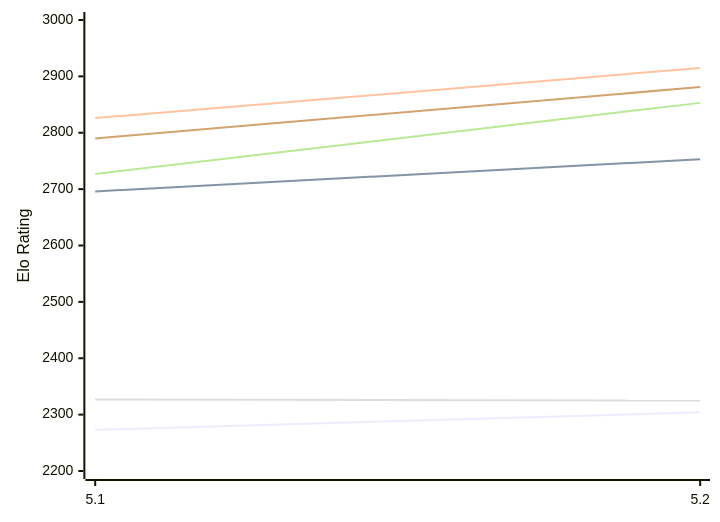
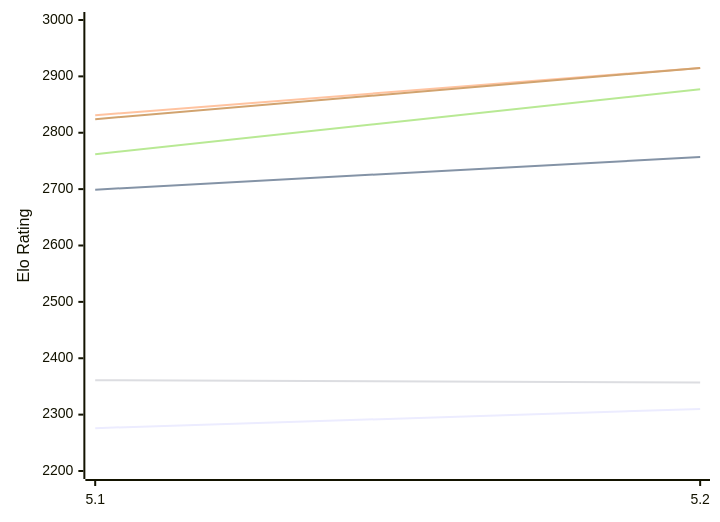
Before and after one commit to computer-chess-index/cci: the first of 2 diagrams in engines/Dorky.md, drawn with Mermaid. The commit also changed other lines of this file, not shown here.

Commit message:
Update CCI Ratings (ELO VLTC) - 2026-11-01

````diff
--- a/engines/Dorky.md
+++ b/engines/Dorky.md
@@ -50,12 +50,12 @@
 ```mermaid
 %%{init: {"theme":"base","themeVariables":{"seriesColors:['#a3a3a3','#222221','#faa371']}}}%%
 xychart-beta
   x-axis ["5.1", "5.2"]
   y-axis "Elo Rating" 2200 --> 3000
-  line "E1: STC (8.0+0.08s)" [2273, 2304]
-  line "E1: LTC (60.0+0.60s)" [2696, 2753]
-  line "E1: VLTC (2m24s+1.12s)" [2826, 2915]
-  line "P1: STC (8.0+0.08s)" [2327, 2325]
-  line "P1: LTC (60.0+0.60s)" [2727, 2853]
-  line "P1: VLTC (2m24s+1.12s)" [2790, 2881]
+  line "E1: STC (8.0+0.08s)" [2276, 2310]
+  line "E1: LTC (60.0+0.60s)" [2699, 2757]
+  line "E1: VLTC (2m24s+1.12s)" [2831, 2915]
+  line "P1: STC (8.0+0.08s)" [2361, 2357]
+  line "P1: LTC (60.0+0.60s)" [2762, 2877]
+  line "P1: VLTC (2m24s+1.12s)" [2824, 2915]
 ```
````
